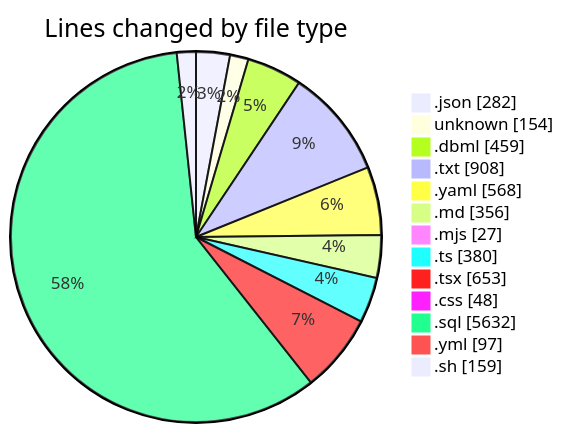
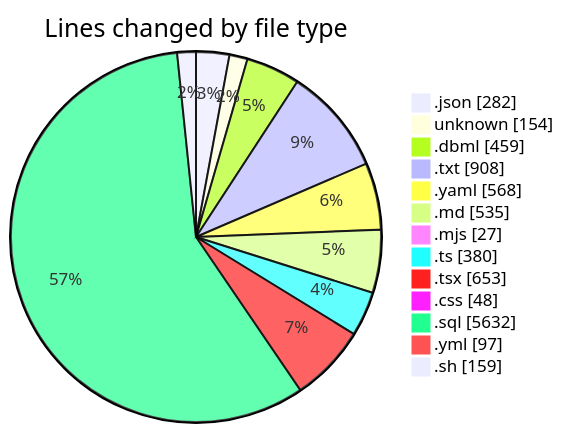
The first of 2 diagrams in 2025-10-02/oura-api/README.md (mevix1/code-tracking), drawn with Mermaid before and after one commit. The commit also changed other lines of this file and 1 other file, not shown here.

````diff
--- a/2025-10-02/oura-api/README.md
+++ b/2025-10-02/oura-api/README.md
@@ -77,17 +78,17 @@
 ```mermaid
 pie showData
 title Lines changed by file type
 ".json" : 282
 "unknown" : 154
 ".dbml" : 459
 ".txt" : 908
 ".yaml" : 568
-".md" : 356
+".md" : 535
 ".mjs" : 27
 ".ts" : 380
 ".tsx" : 653
 ".css" : 48
 ".sql" : 5632
 ".yml" : 97
 ".sh" : 159
 ```
````
